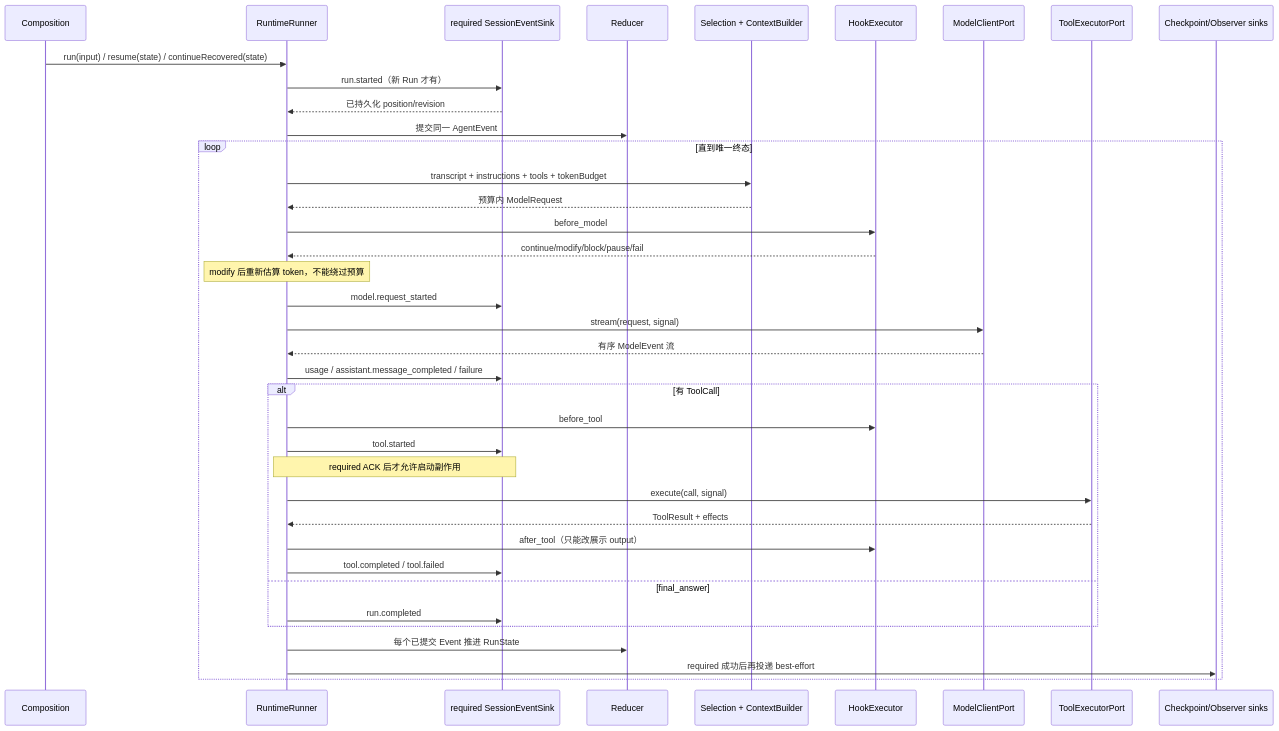
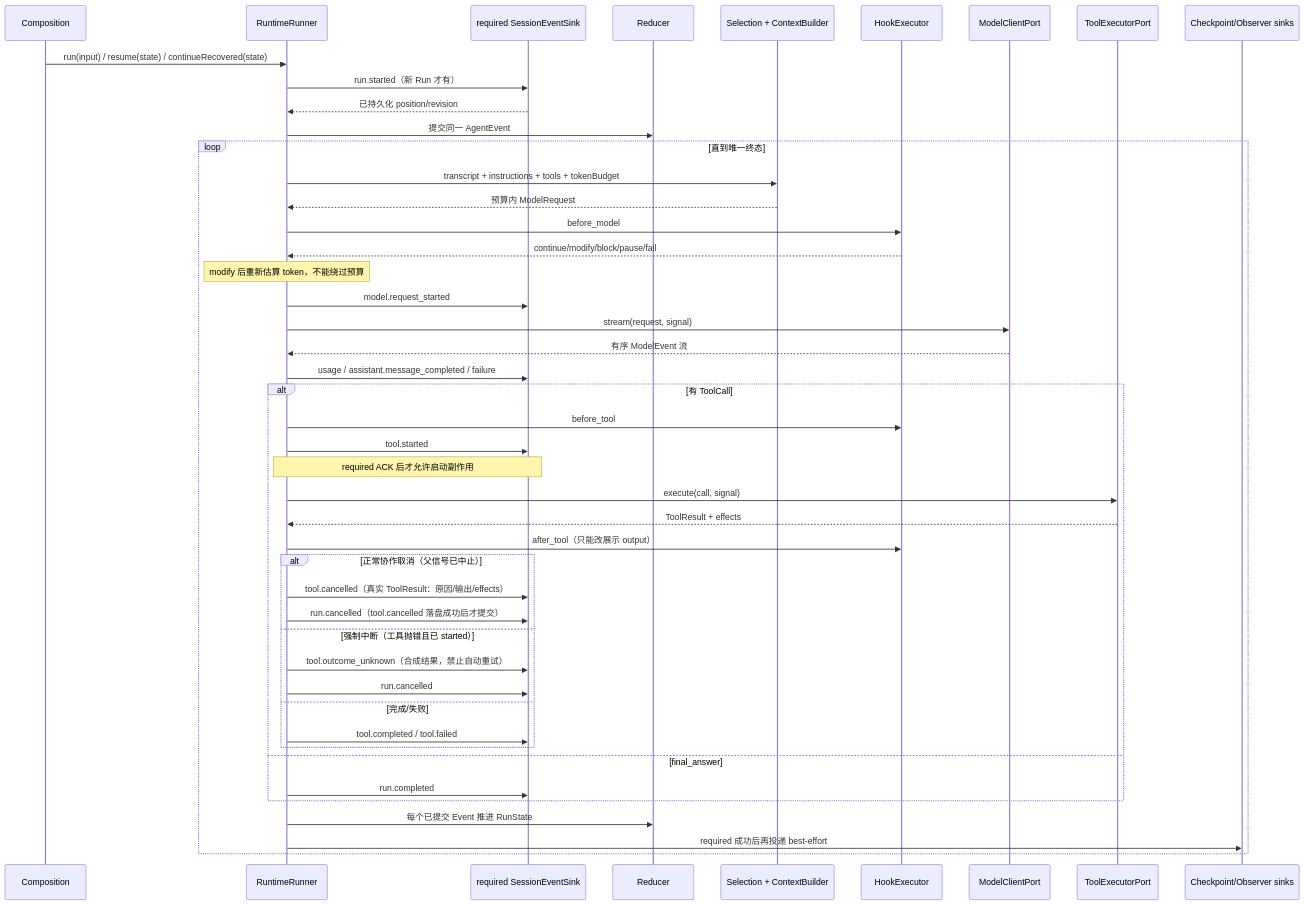
One commit to hk865/coding-agent changed the first of 3 diagrams in docs/data-flow/m2-m4-runtime-flow.md. Above: the diagram before and after it, drawn with Mermaid. The commit also changed other lines of this file and 71 other files, not shown here.

````diff
--- a/docs/data-flow/m2-m4-runtime-flow.md
+++ b/docs/data-flow/m2-m4-runtime-flow.md
@@ -15,41 +15,49 @@
 ```mermaid
 sequenceDiagram
   participant App as Composition
   participant Runner as RuntimeRunner
   participant Sink as required SessionEventSink
   participant Reducer as Reducer
   participant Context as Selection + ContextBuilder
   participant Hook as HookExecutor
   participant Model as ModelClientPort
   participant Tool as ToolExecutorPort
   participant CP as Checkpoint/Observer sinks
 
   App->>Runner: run(input) / resume(state) / continueRecovered(state)
   Runner->>Sink: run.started（新 Run 才有）
   Sink-->>Runner: 已持久化 position/revision
   Runner->>Reducer: 提交同一 AgentEvent
   loop 直到唯一终态
     Runner->>Context: transcript + instructions + tools + tokenBudget
     Context-->>Runner: 预算内 ModelRequest
     Runner->>Hook: before_model
     Hook-->>Runner: continue/modify/block/pause/fail
     Note over Runner: modify 后重新估算 token，不能绕过预算
     Runner->>Sink: model.request_started
     Runner->>Model: stream(request, signal)
     Model-->>Runner: 有序 ModelEvent 流
     Runner->>Sink: usage / assistant.message_completed / failure
     alt 有 ToolCall
       Runner->>Hook: before_tool
       Runner->>Sink: tool.started
       Note over Runner,Sink: required ACK 后才允许启动副作用
       Runner->>Tool: execute(call, signal)
       Tool-->>Runner: ToolResult + effects
       Runner->>Hook: after_tool（只能改展示 output）
-      Runner->>Sink: tool.completed / tool.failed
+      alt 正常协作取消（父信号已中止）
+        Runner->>Sink: tool.cancelled（真实 ToolResult：原因/输出/effects）
+        Runner->>Sink: run.cancelled（tool.cancelled 落盘成功后才提交）
+      else 强制中断（工具抛错且已 started）
+        Runner->>Sink: tool.outcome_unknown（合成结果，禁止自动重试）
+        Runner->>Sink: run.cancelled
+      else 完成/失败
+        Runner->>Sink: tool.completed / tool.failed
+      end
     else final_answer
       Runner->>Sink: run.completed
     end
     Runner->>Reducer: 每个已提交 Event 推进 RunState
     Runner->>CP: required 成功后再投递 best-effort
   end
 ```
````
